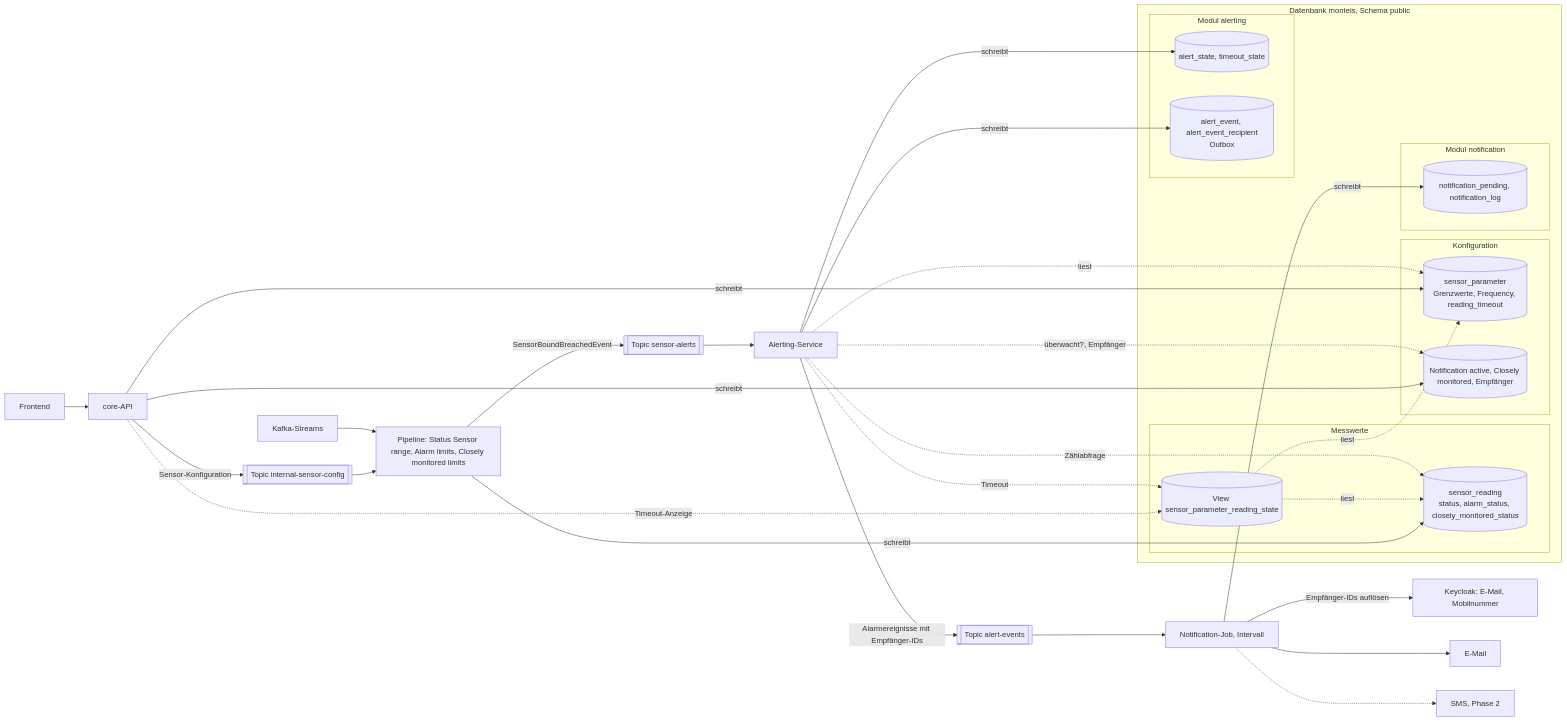
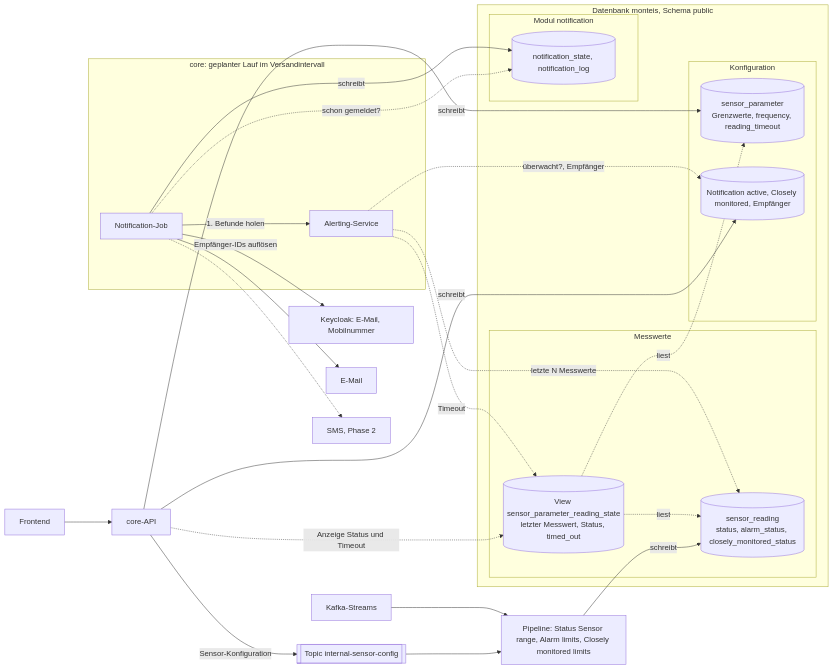
One commit to swisstopo/lg-monteis changed the diagram in alarming-architecture.md. Above: the diagram before and after it, drawn with Mermaid. The commit also changed other lines of this file, not shown here.

````diff
--- a/alarming-architecture.md
+++ b/alarming-architecture.md
@@ -90,46 +105,42 @@
 ```mermaid
 flowchart LR
    FE[Frontend] --> C[core-API]
    C -- Sensor-Konfiguration --> TC[["Topic internal-sensor-config"]]
    TC --> P["Pipeline: Status Sensor range, Alarm limits, Closely monitored limits"]
    K[Kafka-Streams] --> P
-   P -- SensorBoundBreachedEvent --> T[["Topic sensor-alerts"]]
-   T --> A[Alerting-Service]
-   A -- Alarmereignisse mit Empfänger-IDs --> TA[["Topic alert-events"]]
-   TA --> N[Notification-Job, Intervall]
+
+   subgraph RUN["core: geplanter Lauf im Versandintervall"]
+      N[Notification-Job]
+      A[Alerting-Service]
+   end
+   N -- 1. Befunde holen --> A
 
    subgraph DBM["Datenbank monteis, Schema public"]
       subgraph MW["Messwerte"]
          SR[("sensor_reading<br/>status, alarm_status, closely_monitored_status")]
-         V[("View sensor_parameter_reading_state")]
+         V[("View sensor_parameter_reading_state<br/>letzter Messwert, Status, timed_out")]
       end
       subgraph KONF["Konfiguration"]
-         SP[("sensor_parameter<br/>Grenzwerte, Frequency, reading_timeout")]
+         SP[("sensor_parameter<br/>Grenzwerte, frequency, reading_timeout")]
          CFG[("Notification active, Closely monitored, Empfänger")]
       end
-      subgraph AL["Modul alerting"]
-         AS[("alert_state, timeout_state")]
-         AE[("alert_event, alert_event_recipient<br/>Outbox")]
-      end
       subgraph NO["Modul notification"]
-         NT[("notification_pending, notification_log")]
+         NT[("notification_state, notification_log")]
       end
    end
 
    P -- schreibt --> SR
    V -. liest .-> SR
    V -. liest .-> SP
    C -- schreibt --> SP
    C -- schreibt --> CFG
-   C -. Timeout-Anzeige .-> V
-   A -. Zählabfrage .-> SR
+   C -. Anzeige Status und Timeout .-> V
    A -. Timeout .-> V
-   A -. liest .-> SP
+   A -. letzte N Messwerte .-> SR
    A -. überwacht?, Empfänger .-> CFG
-   A -- schreibt --> AS
-   A -- schreibt --> AE
+   N -. schon gemeldet? .-> NT
    N -- schreibt --> NT
    N -- Empfänger-IDs auflösen --> KC[Keycloak: E-Mail, Mobilnummer]
    N --> M[E-Mail]
    N -.-> S[SMS, Phase 2]
 ```
````
